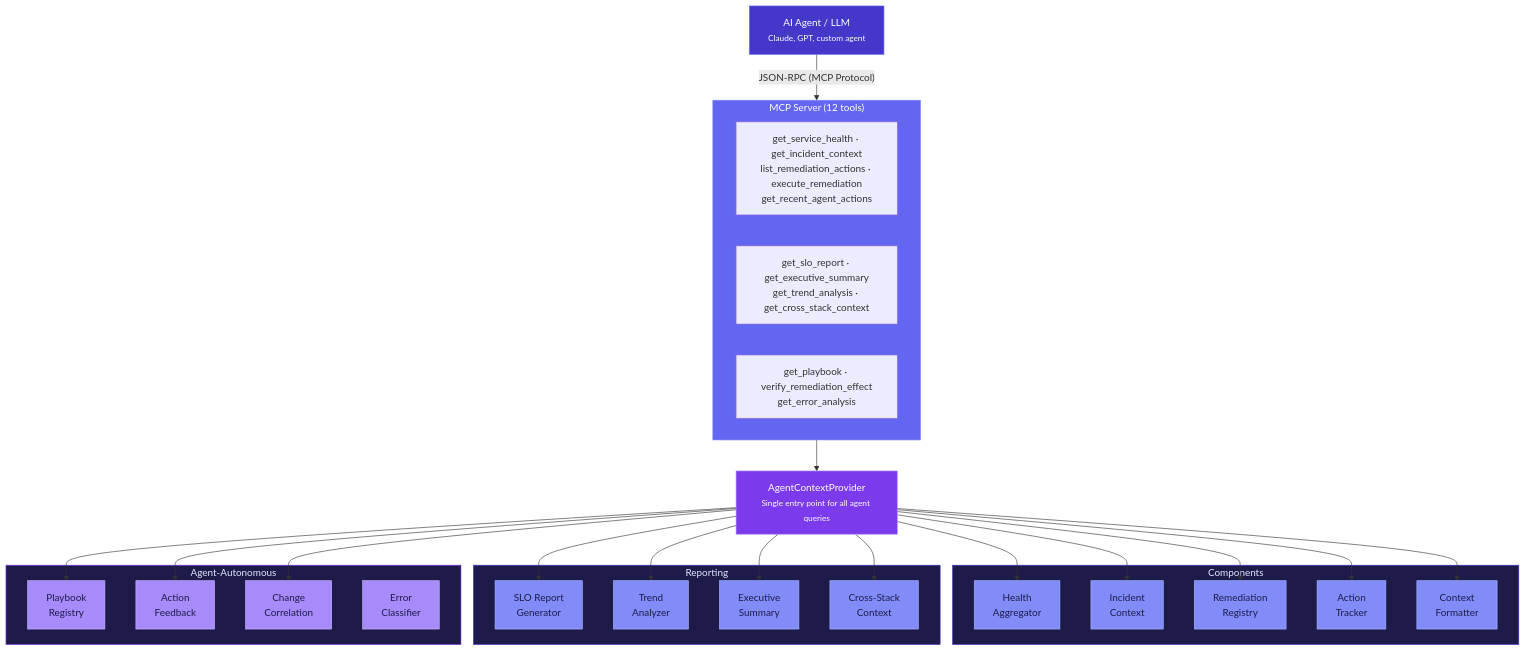
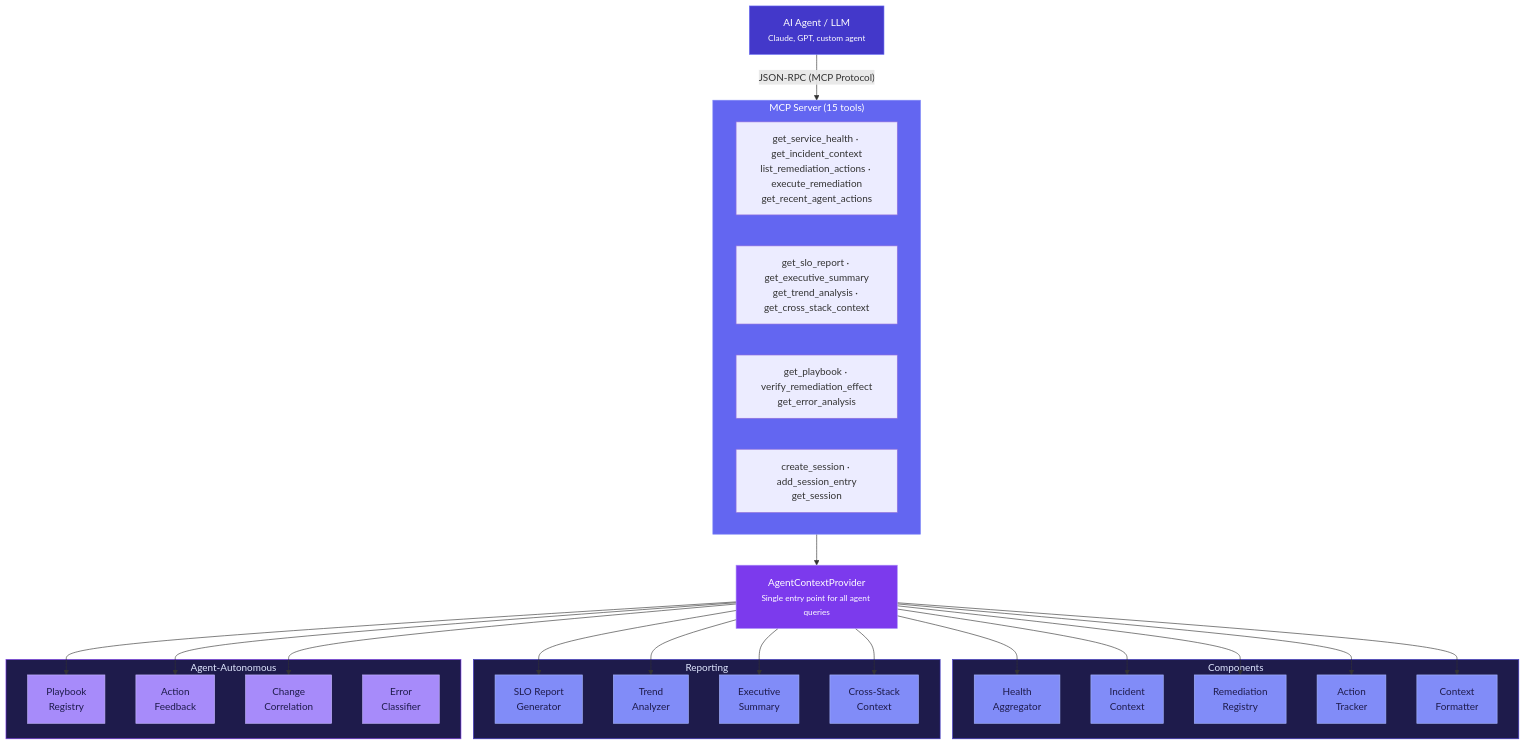
The diagram in docs/04-AGENT-LAYER.md (rrohitramsen/AgentTel), drawn with Mermaid before and after one commit. The commit also changed other lines of this file and 23 other files, not shown here.

````diff
--- a/docs/04-AGENT-LAYER.md
+++ b/docs/04-AGENT-LAYER.md
@@ -9,69 +9,70 @@
 ```mermaid
 graph TB
     Agent["AI Agent / LLM<br/><small>Claude, GPT, custom agent</small>"]
 
-    subgraph MCP["MCP Server (12 tools)"]
+    subgraph MCP["MCP Server (15 tools)"]
         Tools1["get_service_health · get_incident_context<br/>list_remediation_actions · execute_remediation<br/>get_recent_agent_actions"]
         Tools2["get_slo_report · get_executive_summary<br/>get_trend_analysis · get_cross_stack_context"]
         Tools3["get_playbook · verify_remediation_effect<br/>get_error_analysis"]
+        Tools4["create_session · add_session_entry<br/>get_session"]
     end
 
     ACP["AgentContextProvider<br/><small>Single entry point for all agent queries</small>"]
 
     subgraph Components["Components"]
         HA["Health<br/>Aggregator"]
         IC["Incident<br/>Context"]
         RR["Remediation<br/>Registry"]
         AT["Action<br/>Tracker"]
         CF["Context<br/>Formatter"]
     end
 
     subgraph Reporting["Reporting"]
         SLO["SLO Report<br/>Generator"]
         TR["Trend<br/>Analyzer"]
         ES["Executive<br/>Summary"]
         CS["Cross-Stack<br/>Context"]
     end
 
     subgraph Autonomous["Agent-Autonomous"]
         PB["Playbook<br/>Registry"]
         FL["Action<br/>Feedback"]
         CC["Change<br/>Correlation"]
         EC["Error<br/>Classifier"]
     end
 
     Agent -->|"JSON-RPC (MCP Protocol)"| MCP
     MCP --> ACP
     ACP --> HA
     ACP --> IC
     ACP --> RR
     ACP --> AT
     ACP --> CF
     ACP --> SLO
     ACP --> TR
     ACP --> ES
     ACP --> CS
     ACP --> PB
     ACP --> FL
     ACP --> CC
 
     style Agent fill:#4338ca,stroke:#6366f1,color:#fff
     style MCP fill:#6366f1,stroke:#818cf8,color:#fff
     style ACP fill:#7c3aed,stroke:#a78bfa,color:#fff
     style Components fill:#1e1b4b,stroke:#4338ca,color:#e0e7ff
     style Reporting fill:#1e1b4b,stroke:#4338ca,color:#e0e7ff
     style Autonomous fill:#1e1b4b,stroke:#7c3aed,color:#e0e7ff
     style HA fill:#818cf8,stroke:#a5b4fc,color:#1e1b4b
     style IC fill:#818cf8,stroke:#a5b4fc,color:#1e1b4b
     style RR fill:#818cf8,stroke:#a5b4fc,color:#1e1b4b
     style AT fill:#818cf8,stroke:#a5b4fc,color:#1e1b4b
     style CF fill:#818cf8,stroke:#a5b4fc,color:#1e1b4b
     style SLO fill:#818cf8,stroke:#a5b4fc,color:#1e1b4b
     style TR fill:#818cf8,stroke:#a5b4fc,color:#1e1b4b
     style ES fill:#818cf8,stroke:#a5b4fc,color:#1e1b4b
     style CS fill:#818cf8,stroke:#a5b4fc,color:#1e1b4b
     style PB fill:#a78bfa,stroke:#c4b5fd,color:#1e1b4b
     style FL fill:#a78bfa,stroke:#c4b5fd,color:#1e1b4b
     style CC fill:#a78bfa,stroke:#c4b5fd,color:#1e1b4b
     style EC fill:#a78bfa,stroke:#c4b5fd,color:#1e1b4b
 ```
````
